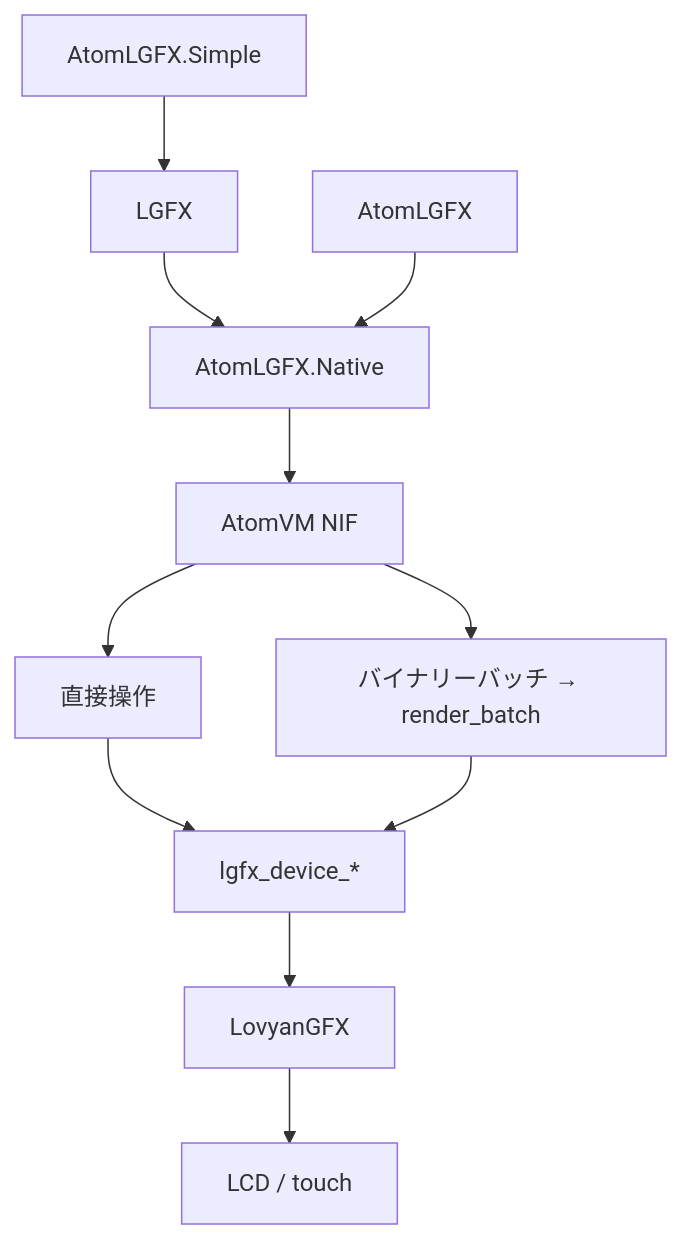
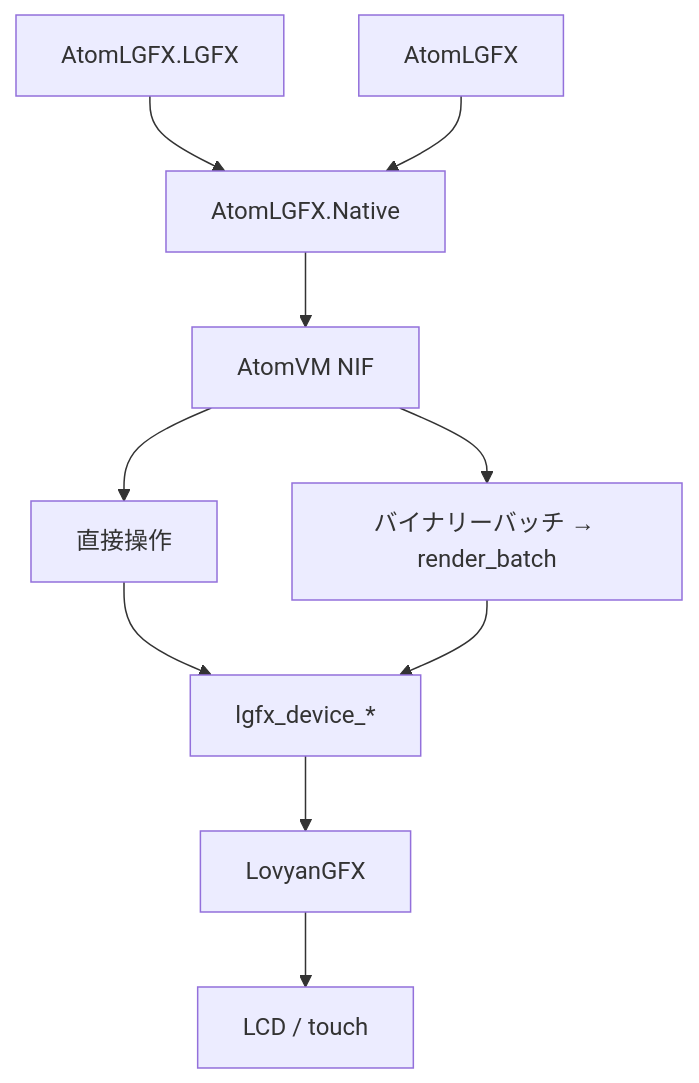
Before and after one commit to mnishiguchi/atomlgfx: the diagram in docs/architecture.md, drawn with Mermaid. The commit also changed other lines of this file and 18 other files, not shown here.

Commit message:
refactor: ハンドル不要の描画 API を AtomLGFX.LGFX に統一

````diff
--- a/docs/architecture.md
+++ b/docs/architecture.md
@@ -8,12 +8,11 @@
 ```mermaid
 flowchart TD
-  Simple[AtomLGFX.Simple] --> LGFX
-  LGFX --> Native[AtomLGFX.Native]
+  LGFX[AtomLGFX.LGFX] --> Native[AtomLGFX.Native]
   API[AtomLGFX] --> Native
   Native --> NIF[AtomVM NIF]
   NIF --> Direct[直接操作]
   NIF --> Batch[バイナリーバッチ → render_batch]
   Direct --> Device[lgfx_device_*]
   Batch --> Device
   Device --> LovyanGFX --> LCD[LCD / touch]
 ```
````
